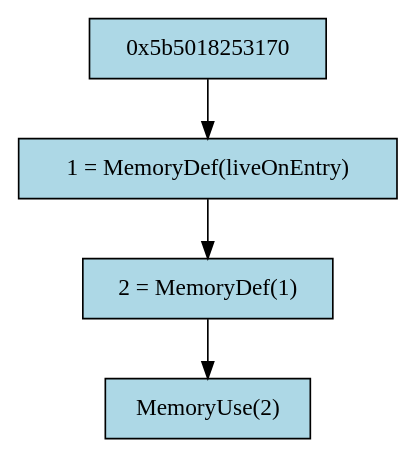
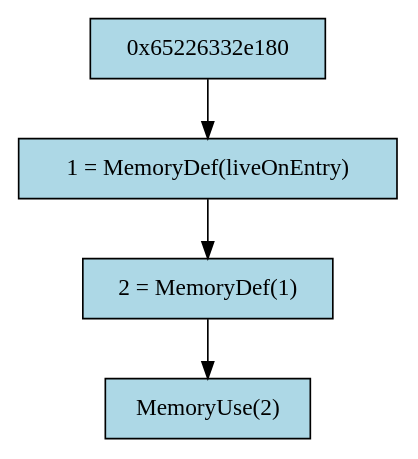
One commit to almondragon/AdvancedCompilers changed the diagram in Assignment-DeadStoreElim/demo_MemorySSA.dot. Above: the diagram before and after it, drawn with Graphviz. The commit also changed 4 other files, not shown here.

```diff
--- a/Assignment-DeadStoreElim/demo_MemorySSA.dot
+++ b/Assignment-DeadStoreElim/demo_MemorySSA.dot
@@ -1,9 +1,9 @@
 digraph MemorySSA_demo {
  node [shape=box, style=filled, fillcolor=lightblue];
-  "0x5b50182532b0" [label="1 = MemoryDef(liveOnEntry)"];
-  "0x5b5018253170" -> "0x5b50182532b0";
-  "0x5b5018254a90" [label="2 = MemoryDef(1)"];
-  "0x5b50182532b0" -> "0x5b5018254a90";
-  "0x5b5018216dd0" [label="MemoryUse(2)"];
-  "0x5b5018254a90" -> "0x5b5018216dd0";
+  "0x65226332e2c0" [label="1 = MemoryDef(liveOnEntry)"];
+  "0x65226332e180" -> "0x65226332e2c0";
+  "0x65226332faa0" [label="2 = MemoryDef(1)"];
+  "0x65226332e2c0" -> "0x65226332faa0";
+  "0x6522632f1e10" [label="MemoryUse(2)"];
+  "0x65226332faa0" -> "0x6522632f1e10";
 }
```
